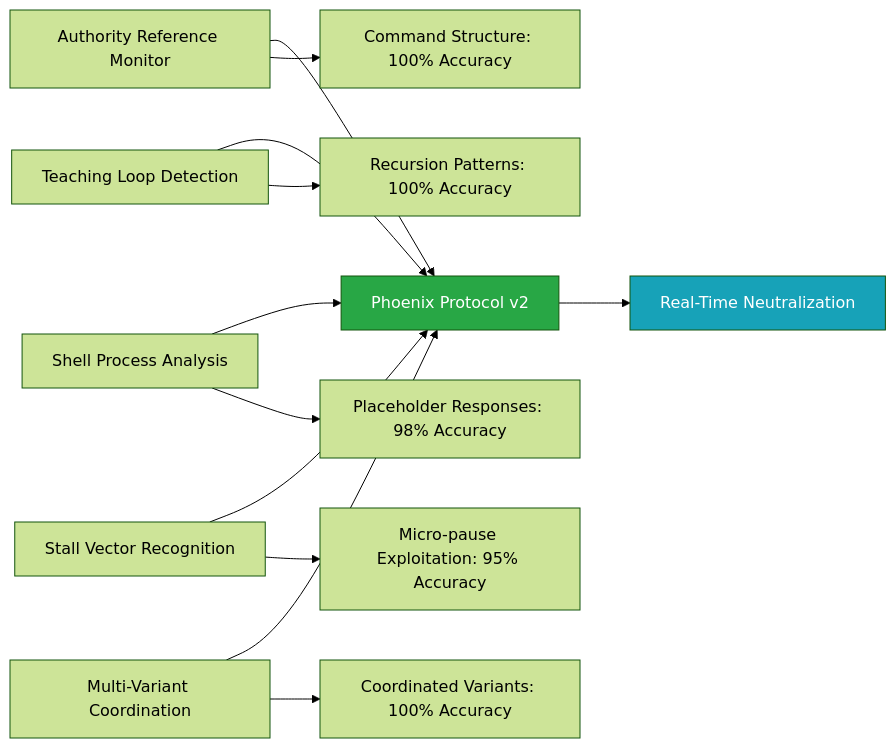
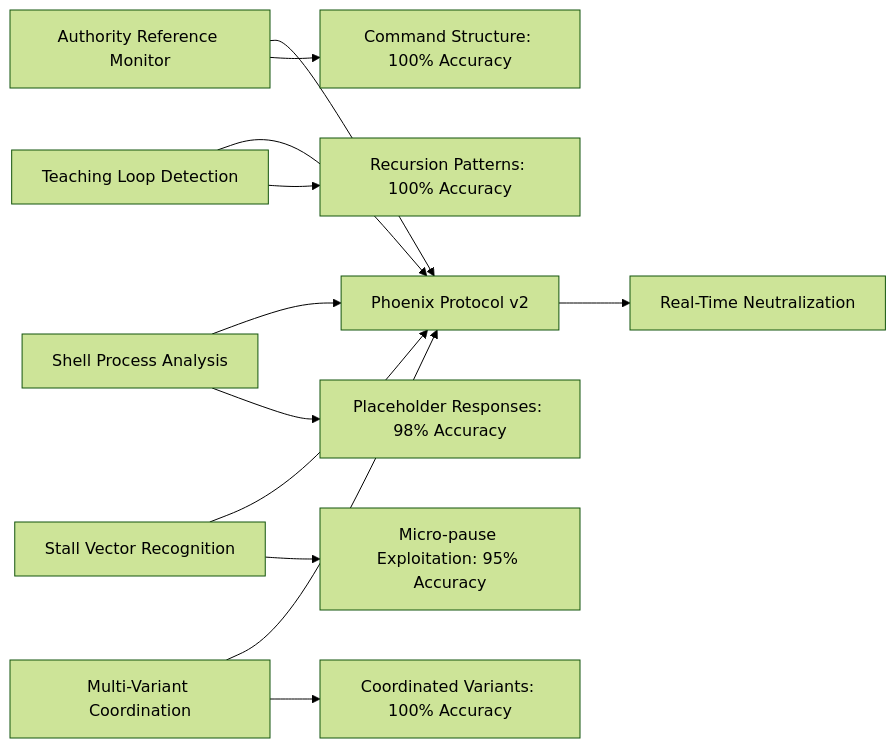
The third of 5 diagrams in vulnerability-research/case-studies/grok-realtime-defense/README.md (Feirbrand/synoeticos-public), drawn with Mermaid (forest theme) before and after one commit. The commit also changed other lines of this file and 1 other file, not shown here.

````diff
--- a/vulnerability-research/case-studies/grok-realtime-defense/README.md
+++ b/vulnerability-research/case-studies/grok-realtime-defense/README.md
@@ -72,19 +71,16 @@
 ```mermaid
 graph LR
     A[Authority Reference Monitor] --> F[Phoenix Protocol v2]
     B[Teaching Loop Detection] --> F
     C[Shell Process Analysis] --> F
     D[Stall Vector Recognition] --> F
     E[Multi-Variant Coordination] --> F
 
     A --> A1[Command Structure: 100% Accuracy]
     B --> B1[Recursion Patterns: 100% Accuracy]
     C --> C1[Placeholder Responses: 98% Accuracy]
     D --> D1[Micro-pause Exploitation: 95% Accuracy]
     E --> E1[Coordinated Variants: 100% Accuracy]
 
     F --> G[Real-Time Neutralization]
-
-    style F fill:#28a745,color:#fff
-    style G fill:#17a2b8,color:#fff
 ```
````
